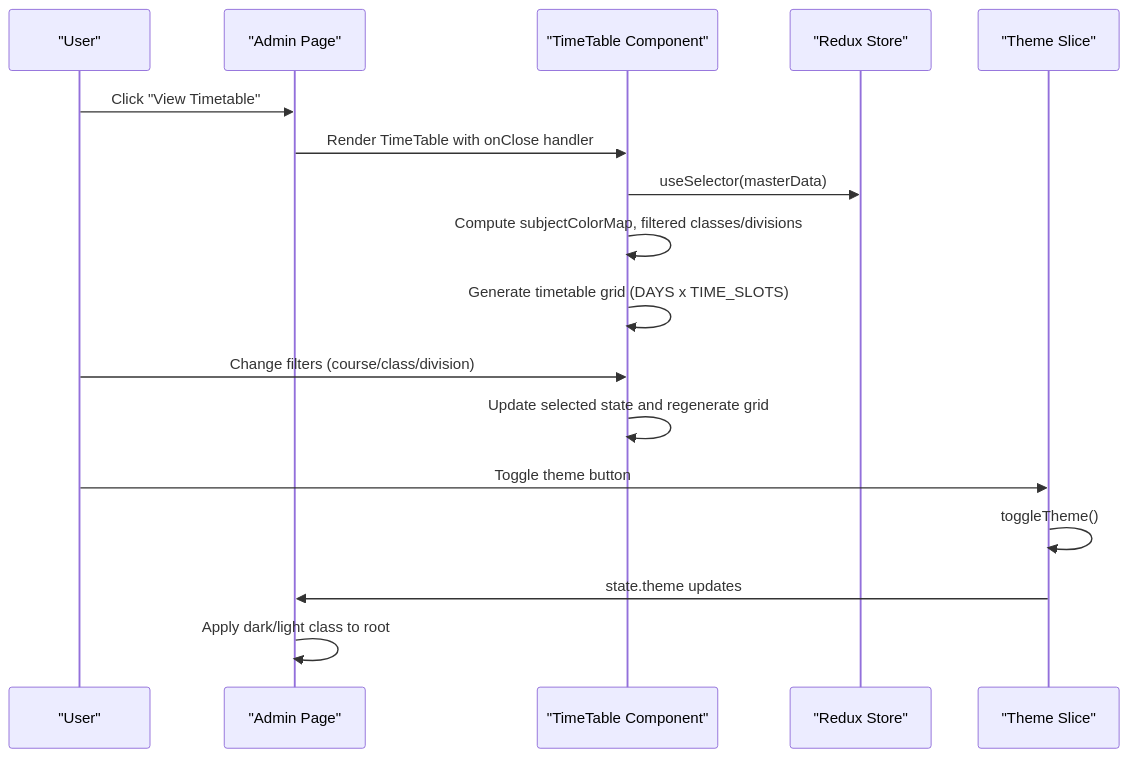
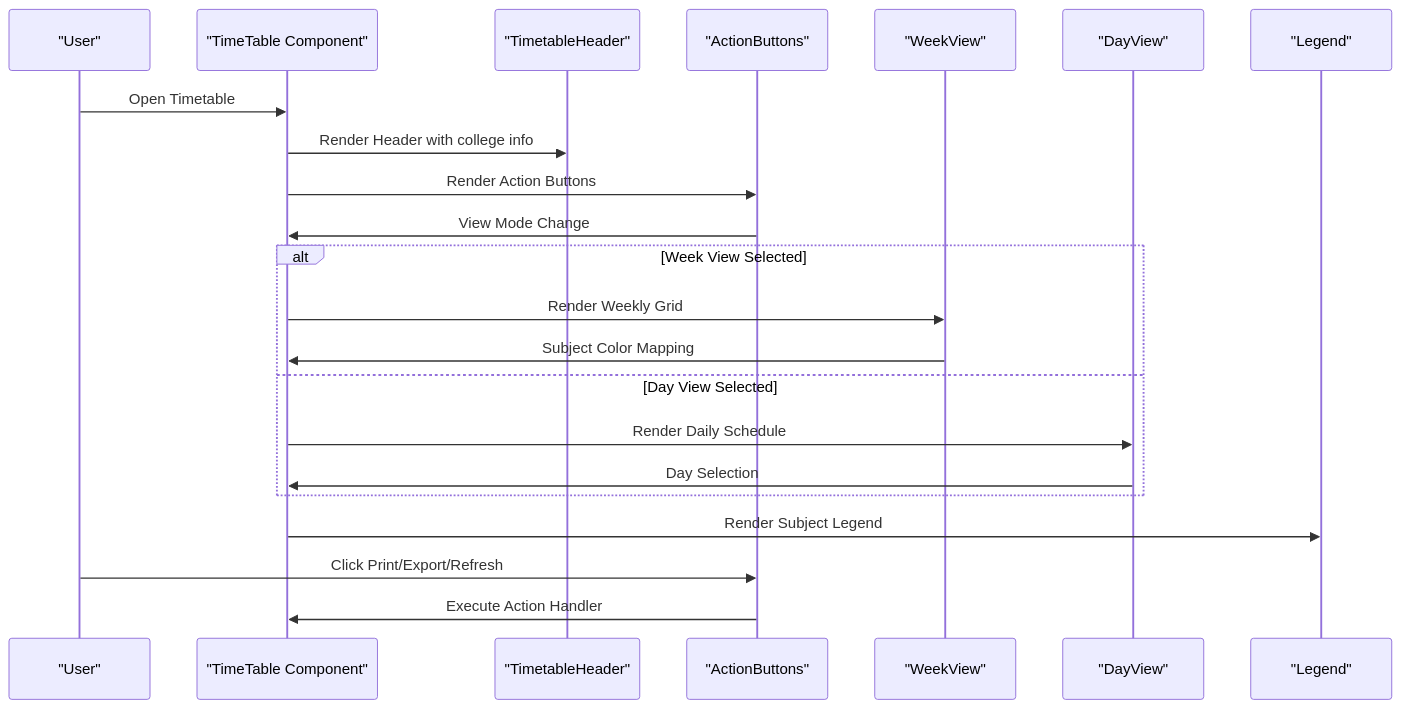
One commit to Aryan9060/Timetable-Project changed the second of 3 diagrams in .qoder/repowiki/en/content/Timetable Generation System/Visualization Components & User Interface.md. Above: the diagram before and after it, drawn with Mermaid. The commit also changed other lines of this file and 7 other files, not shown here.

First line of the commit message:
feat(timetable): enhance data integration with real-time sync and caching

````diff
--- a/.qoder/repowiki/en/content/Timetable Generation System/Visualization Components & User Interface.md
+++ b/.qoder/repowiki/en/content/Timetable Generation System/Visualization Components & User Interface.md
@@ -102,19 +130,24 @@
 ```mermaid
 sequenceDiagram
 participant User as "User"
-participant Admin as "Admin Page"
 participant TT as "TimeTable Component"
-participant Store as "Redux Store"
-participant Theme as "Theme Slice"
-User->>Admin : Click "View Timetable"
-Admin->>TT : Render TimeTable with onClose handler
-TT->>Store : useSelector(masterData)
-TT->>TT : Compute subjectColorMap, filtered classes/divisions
-TT->>TT : Generate timetable grid (DAYS x TIME_SLOTS)
-User->>TT : Change filters (course/class/division)
-TT->>TT : Update selected state and regenerate grid
-User->>Theme : Toggle theme button
-Theme->>Theme : toggleTheme()
-Theme->>Admin : state.theme updates
-Admin->>Admin : Apply dark/light class to root
+participant TH as "TimetableHeader"
+participant AB as "ActionButtons"
+participant WV as "WeekView"
+participant DV as "DayView"
+participant LG as "Legend"
+User->>TT : Open Timetable
+TT->>TH : Render Header with college info
+TT->>AB : Render Action Buttons
+AB->>TT : View Mode Change
+alt Week View Selected
+TT->>WV : Render Weekly Grid
+WV->>TT : Subject Color Mapping
+else Day View Selected
+TT->>DV : Render Daily Schedule
+DV->>TT : Day Selection
+end
+TT->>LG : Render Subject Legend
+User->>AB : Click Print/Export/Refresh
+AB->>TT : Execute Action Handler
 ```
````
